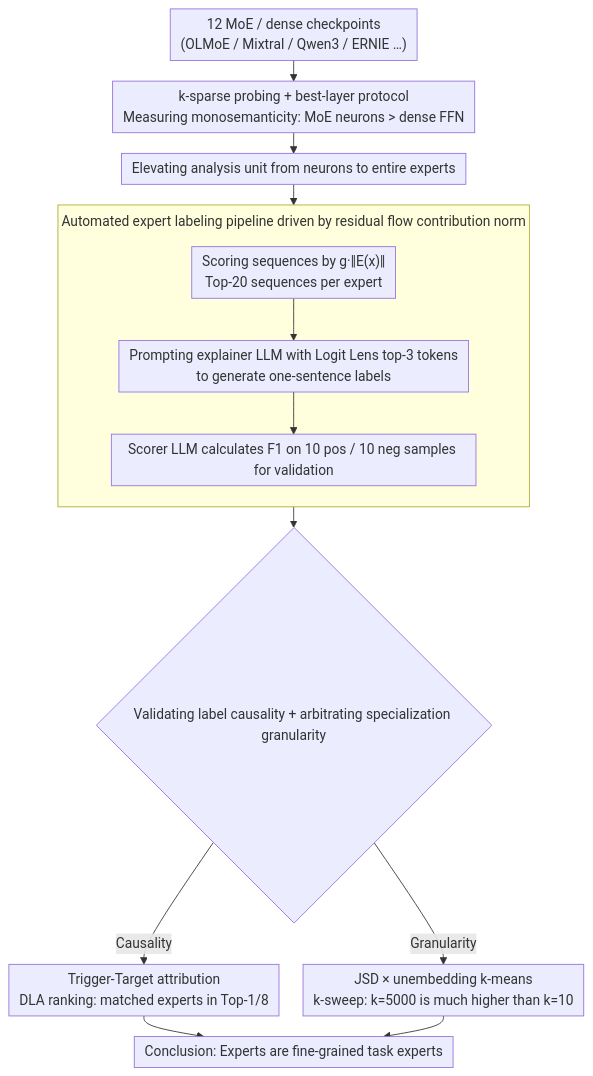
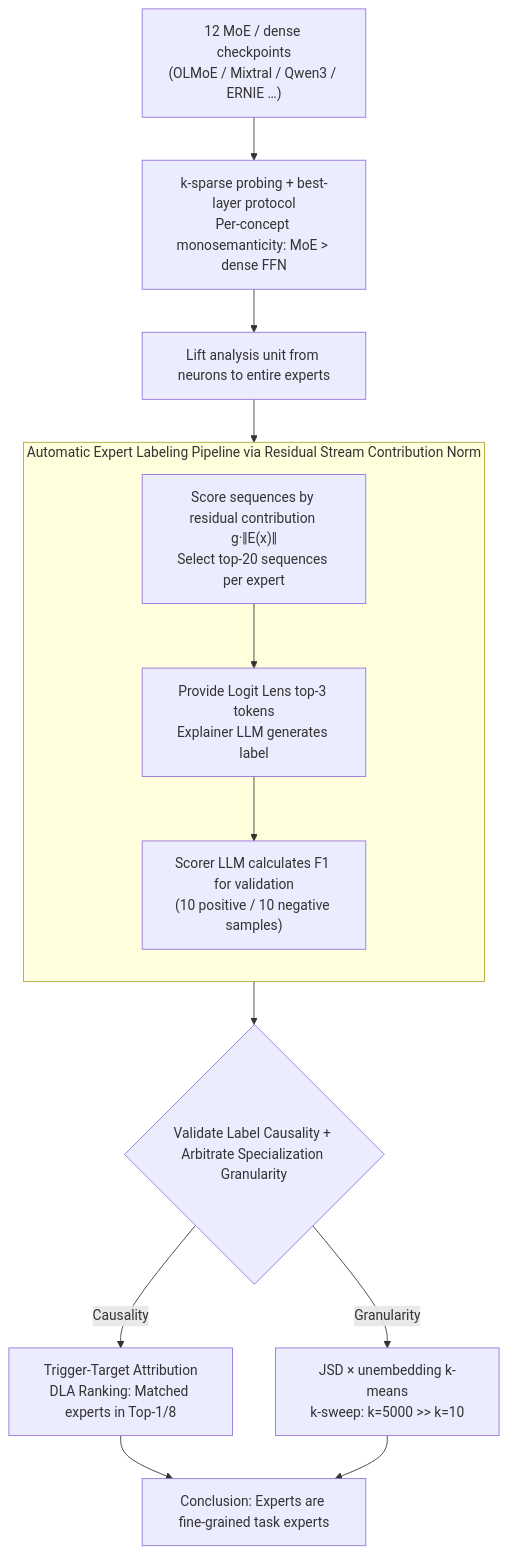
Before and after one commit to zhaoyang97/Paper-Notes-en: the diagram in docs/ICML2026/interpretability/the_expert_strikes_back_interpreting_mixture-of-experts_language_models_at_exper.md, drawn with Mermaid. The commit also changed other lines of this file and 5084 other files, not shown here.

````diff
--- a/docs/ICML2026/interpretability/the_expert_strikes_back_interpreting_mixture-of-experts_language_models_at_exper.md
+++ b/docs/ICML2026/interpretability/the_expert_strikes_back_interpreting_mixture-of-experts_language_models_at_exper.md
@@ -42,17 +42,16 @@
 ```mermaid
-%%{init: {'flowchart': {'rankSpacing': 24, 'nodeSpacing': 28, 'padding': 6, 'wrappingWidth': 400, 'subGraphTitleMargin': {'top': 8, 'bottom': 16}}}}%%
-flowchart TD
-    A["12 MoE / dense checkpoints<br/>(OLMoE / Mixtral / Qwen3 / ERNIE …)"] --> B["k-sparse probing + best-layer protocol<br/>Measuring monosemanticity: MoE neurons > dense FFN"]
-    B --> C["Elevating analysis unit from neurons to entire experts"]
-    subgraph LABEL["Automated expert labeling pipeline driven by residual flow contribution norm"]
+graph TD
+    A["12 MoE / dense checkpoints<br/>(OLMoE / Mixtral / Qwen3 / ERNIE …)"] --> B["k-sparse probing + best-layer protocol<br/>Per-concept monosemanticity: MoE > dense FFN"]
+    B --> C["Lift analysis unit from neurons to entire experts"]
+    subgraph LABEL["Automatic Expert Labeling Pipeline via Residual Stream Contribution Norm"]
         direction TB
-        D["Scoring sequences by g·‖E(x)‖<br/>Top-20 sequences per expert"] --> E["Prompting explainer LLM with Logit Lens top-3 tokens<br/>to generate one-sentence labels"]
-        E --> F["Scorer LLM calculates F1 on 10 pos / 10 neg samples for validation"]
+        D["Score sequences by residual contribution g·‖E(x)‖<br/>Select top-20 sequences per expert"] --> E["Provide Logit Lens top-3 tokens<br/>Explainer LLM generates label"]
+        E --> F["Scorer LLM calculates F1 for validation<br/>(10 positive / 10 negative samples)"]
     end
     C --> LABEL
-    LABEL --> G{"Validating label causality + arbitrating specialization granularity"}
-    G -->|Causality| H["Trigger-Target attribution<br/>DLA ranking: matched experts in Top-1/8"]
-    G -->|Granularity| I["JSD × unembedding k-means<br/>k-sweep: k=5000 is much higher than k=10"]
+    LABEL --> G{"Validate Label Causality + Arbitrate Specialization Granularity"}
+    G -->|Causality| H["Trigger-Target Attribution<br/>DLA Ranking: Matched experts in Top-1/8"]
+    G -->|Granularity| I["JSD × unembedding k-means<br/>k-sweep: k=5000 >> k=10"]
     H --> J["Conclusion: Experts are fine-grained task experts"]
     I --> J
 ```
````
